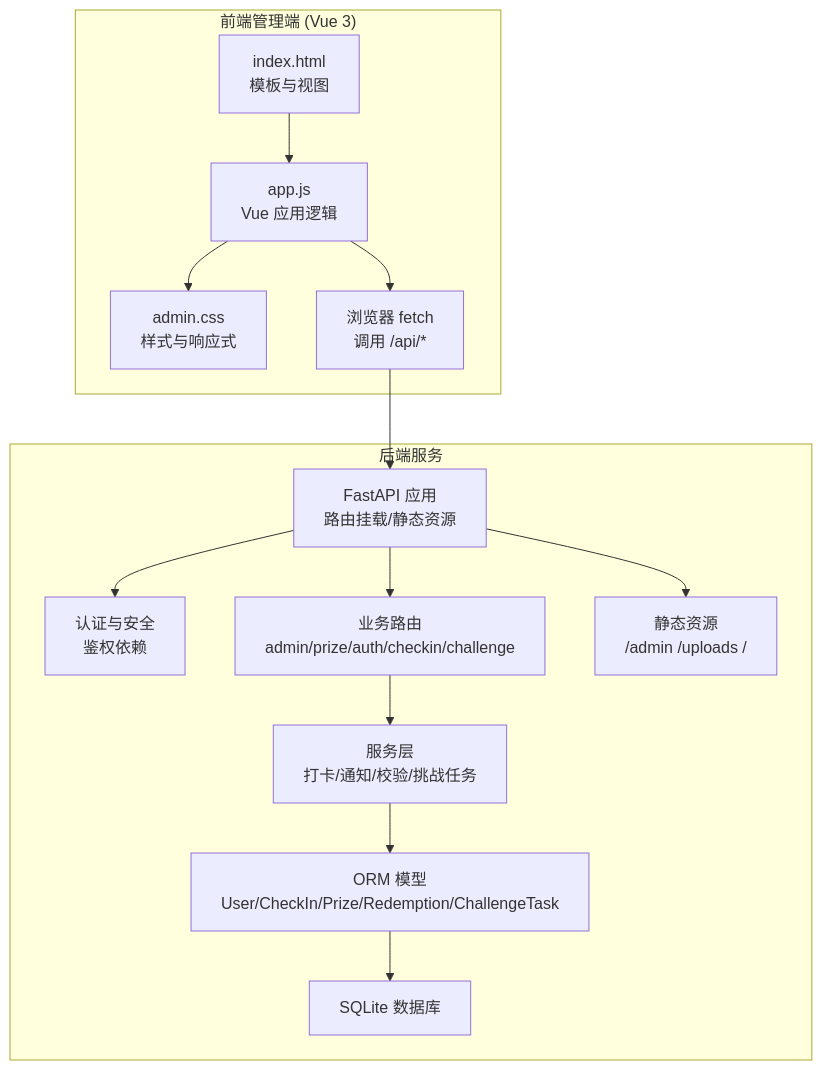
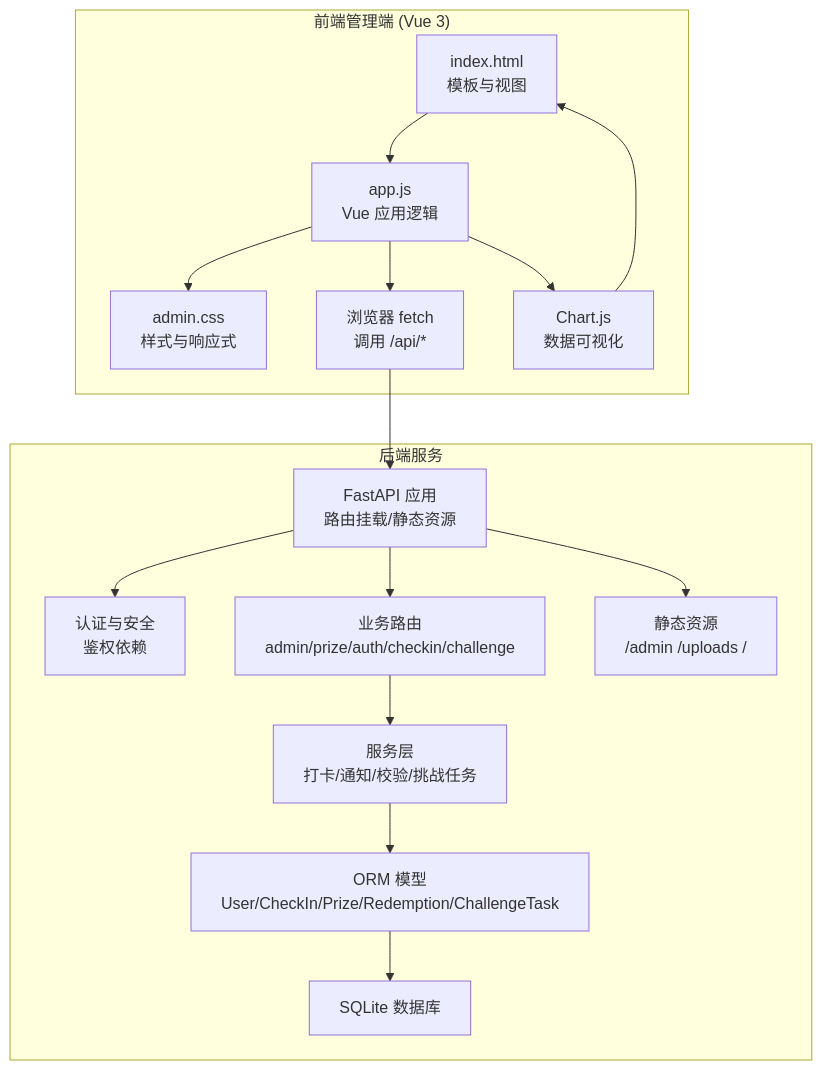
Before and after one commit to onebody/homework: the first of 10 diagrams in .qoder/repowiki/zh/content/暑假作业打卡系统/前端应用设计/管理后台应用.md, drawn with Mermaid. The commit also changed other lines of this file and 14 other files, not shown here.

````diff
--- a/.qoder/repowiki/zh/content/暑假作业打卡系统/前端应用设计/管理后台应用.md
+++ b/.qoder/repowiki/zh/content/暑假作业打卡系统/前端应用设计/管理后台应用.md
@@ -58,17 +54,19 @@
 ```mermaid
 graph TB
 subgraph "后端服务"
 A["FastAPI 应用<br/>路由挂载/静态资源"] --> B["认证与安全<br/>鉴权依赖"]
 A --> C["业务路由<br/>admin/prize/auth/checkin/challenge"]
 C --> D["服务层<br/>打卡/通知/校验/挑战任务"]
 D --> E["ORM 模型<br/>User/CheckIn/Prize/Redemption/ChallengeTask"]
 E --> F["SQLite 数据库"]
 A --> G["静态资源<br/>/admin /uploads /"]
 end
 subgraph "前端管理端 (Vue 3)"
 H["index.html<br/>模板与视图"] --> I["app.js<br/>Vue 应用逻辑"]
 I --> J["admin.css<br/>样式与响应式"]
 I --> K["浏览器 fetch<br/>调用 /api/*"]
+I --> L["Chart.js<br/>数据可视化"]
 end
 K --> A
+L --> H
 ```
````
